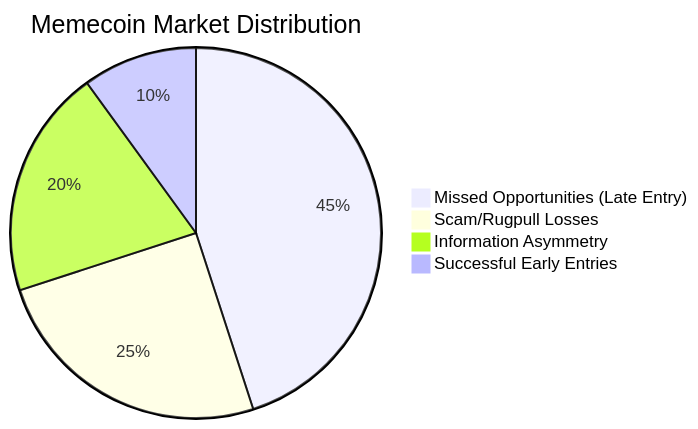
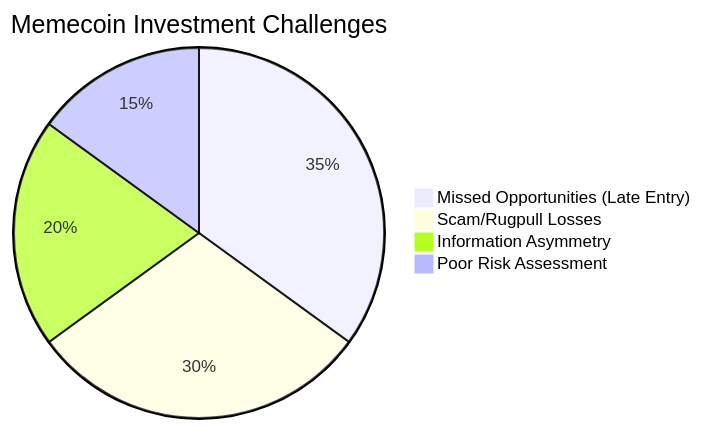
Before and after one commit to Spydiecy/Trendpup_Sonic: the second of 8 diagrams in README.md, drawn with Mermaid. The commit also changed other lines of this file and 1 other file, not shown here.

````diff
--- a/README.md
+++ b/README.md
@@ -310,7 +275,7 @@
 ```mermaid
-pie title Memecoin Market Distribution
-    "Missed Opportunities (Late Entry)" : 45
-    "Scam/Rugpull Losses" : 25
+pie title Memecoin Investment Challenges
+    "Missed Opportunities (Late Entry)" : 35
+    "Scam/Rugpull Losses" : 30
     "Information Asymmetry" : 20
-    "Successful Early Entries" : 10
+    "Poor Risk Assessment" : 15
 ```
````
